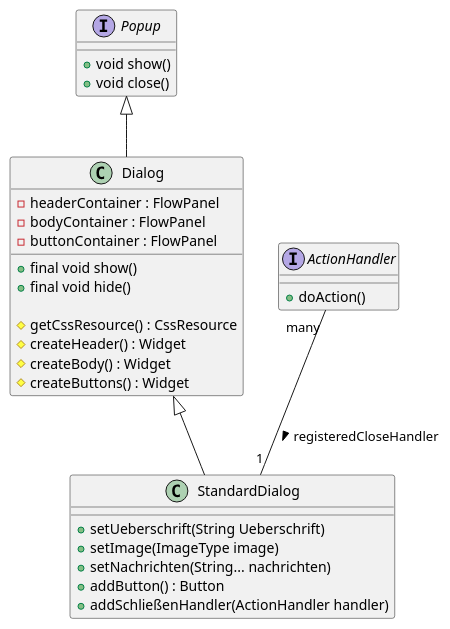
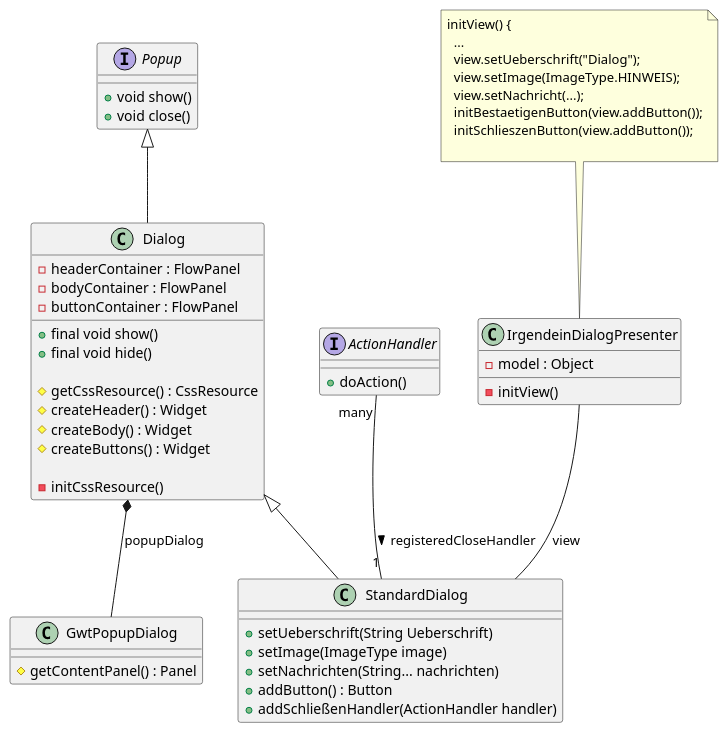
One commit to Atrusberlin/Learning changed the diagram in Patterns/src/main/java/de/dranke/learning/patterns/templatemethod/superclass/TemplateMethod.puml. Above: the diagram before and after it, drawn with PlantUML. The commit also changed 1 other file, not shown here.

```diff
--- a/Patterns/src/main/java/de/dranke/learning/patterns/templatemethod/superclass/TemplateMethod.puml
+++ b/Patterns/src/main/java/de/dranke/learning/patterns/templatemethod/superclass/TemplateMethod.puml
@@ -1,40 +1,68 @@
 @startuml
 
 interface Popup {
   + void show()
   + void close()
 }
 
 Popup <|-- Dialog
 
 class Dialog {
   - headerContainer : FlowPanel
   - bodyContainer : FlowPanel
   - buttonContainer : FlowPanel
 
   + final void show()
   + final void hide()
 
   # getCssResource() : CssResource
   # createHeader() : Widget
   # createBody() : Widget
   # createButtons() : Widget
+
+  - initCssResource()
 }
+
+Dialog *-- GwtPopupDialog : popupDialog
+
+class GwtPopupDialog {
+  # getContentPanel() : Panel
+}
+
+
 
 Dialog <|-- StandardDialog
 
 interface ActionHandler {
   + doAction()
 }
 
 ActionHandler "many" -- "1" StandardDialog : > registeredCloseHandler
 
 class StandardDialog {
   + setUeberschrift(String Ueberschrift)
   + setImage(ImageType image)
   + setNachrichten(String... nachrichten)
   + addButton() : Button
   + addSchließenHandler(ActionHandler handler)
 }
 
+IrgendeinDialogPresenter -- StandardDialog : view
+
+class IrgendeinDialogPresenter {
+  - model : Object
+  - initView()
+}
+
+note top of IrgendeinDialogPresenter
+  initView() {
+    ...
+    view.setUeberschrift("Dialog");
+    view.setImage(ImageType.HINWEIS);
+    view.setNachricht(...);
+    initBestaetigenButton(view.addButton());
+    initSchlieszenButton(view.addButton());
+
+end note
+
 @enduml
```
